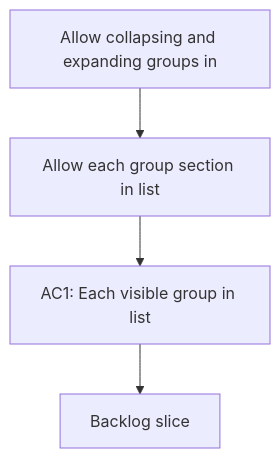
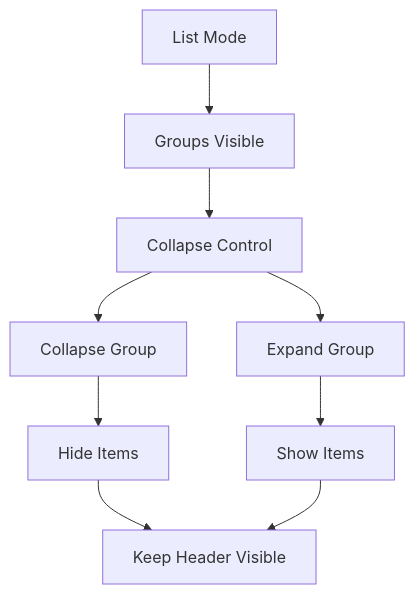
One commit to AlexAgo83/logics-manager changed the diagram in logics/request/req_033_allow_collapsing_and_expanding_groups_in_list_mode.md. Above: the diagram before and after it, drawn with Mermaid. The commit also changed other lines of this file and 54 other files, not shown here.

````diff
--- a/logics/request/req_033_allow_collapsing_and_expanding_groups_in_list_mode.md
+++ b/logics/request/req_033_allow_collapsing_and_expanding_groups_in_list_mode.md
@@ -10,8 +10,13 @@
 ```mermaid
 %% logics-kind: request
 %% logics-signature: request|allow-collapsing-and-expanding-groups-in|allow-each-group-section-in-list|ac1-each-visible-group-in-list
 flowchart TD
-    Trigger[Allow collapsing and expanding groups in] --> Need[Allow each group section in list]
-    Need --> Outcome[AC1: Each visible group in list]
-    Outcome --> Backlog[Backlog slice]
+    A[List Mode] --> B[Groups Visible]
+    B --> C[Collapse Control]
+    C --> D[Collapse Group]
+    C --> E[Expand Group]
+    D --> F[Hide Items]
+    E --> G[Show Items]
+    F --> H[Keep Header Visible]
+    G --> H
 ```
````
